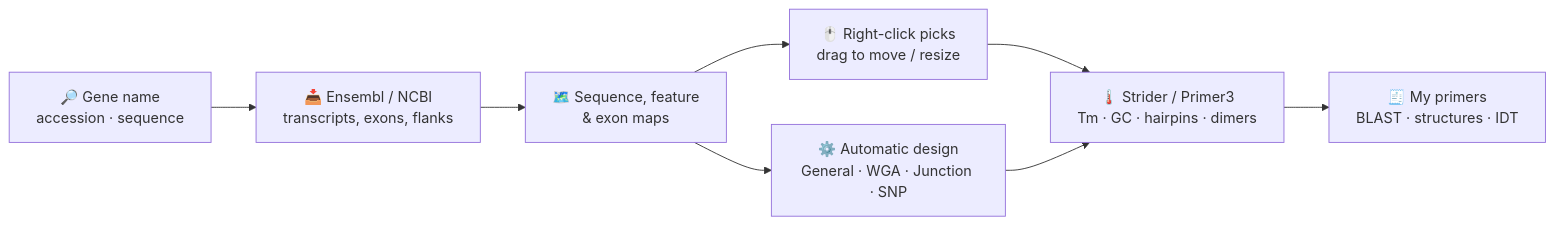
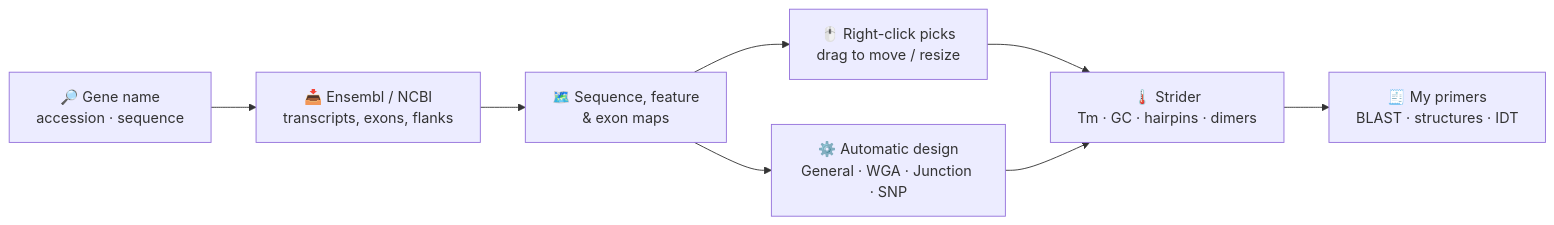
One commit to KowalskiBio/Primerool changed the first of 2 diagrams in README.md. Above: the diagram before and after it, drawn with Mermaid. The commit also changed other lines of this file and 70 other files, not shown here.

First line of the commit message:
Make Strider the only engine; drop Primer3 from the app

````diff
--- a/README.md
+++ b/README.md
@@ -211,10 +211,10 @@
 ```mermaid
 flowchart LR
     A["🔎 Gene name<br/>accession · sequence"] --> B["📥 Ensembl / NCBI<br/>transcripts, exons, flanks"]
     B --> C["🗺️ Sequence, feature<br/>& exon maps"]
     C --> D["🖱️ Right-click picks<br/>drag to move / resize"]
     C --> E["⚙️ Automatic design<br/>General · WGA · Junction · SNP"]
-    D --> F["🌡️ Strider / Primer3<br/>Tm · GC · hairpins · dimers"]
+    D --> F["🌡️ Strider<br/>Tm · GC · hairpins · dimers"]
     E --> F
     F --> G["🧾 My primers<br/>BLAST · structures · IDT"]
 ```
````
